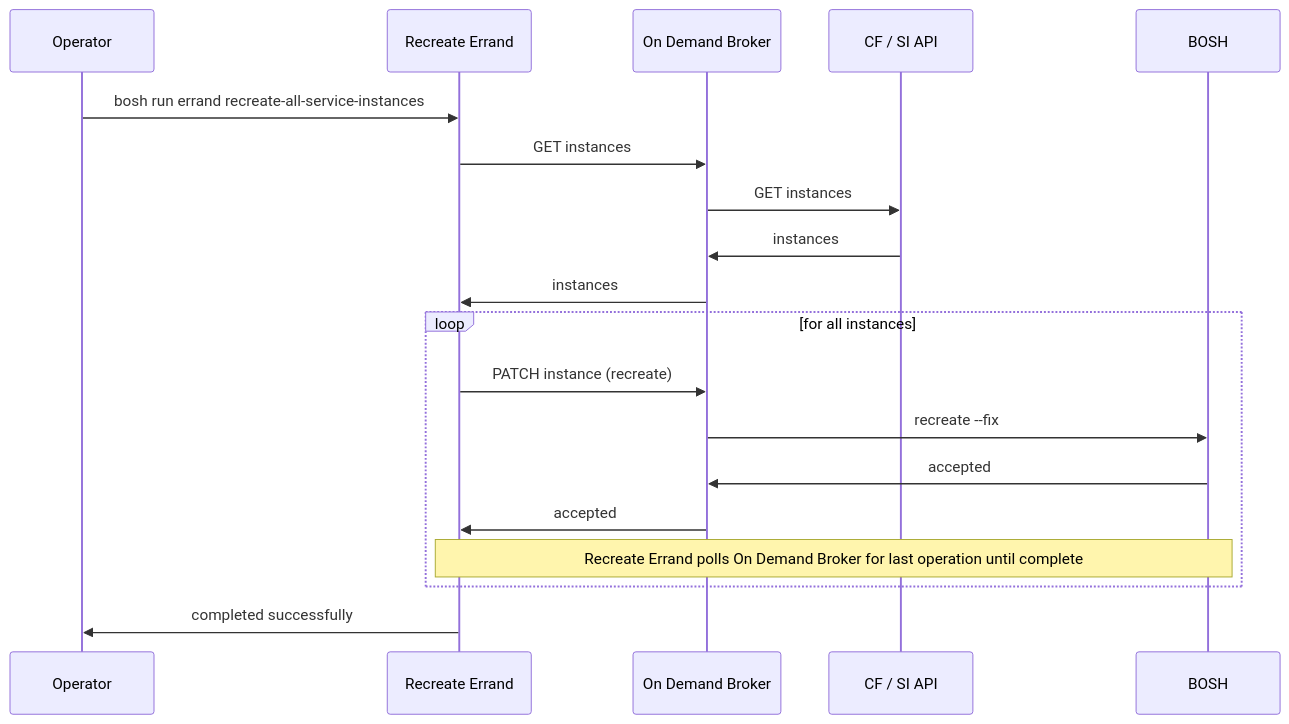
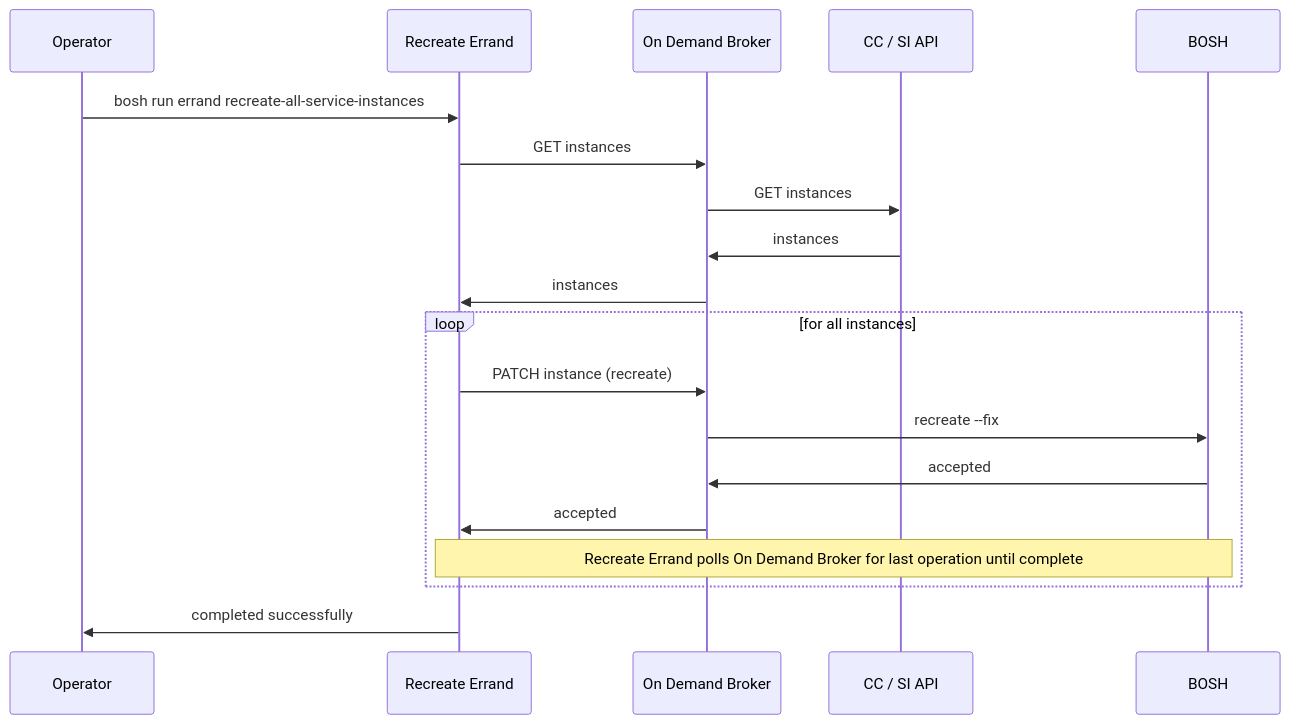
One commit to pivotal-cf/docs-on-demand-service-broker changed the diagram in mmd/recreate_all_instances_workflow.mmd. Above: the diagram before and after it, drawn with Mermaid. The commit also changed 7 other files, not shown here.

Commit message:
Standardise terms in mermaid diagrams [#162307186]

```diff
--- a/mmd/recreate_all_instances_workflow.mmd
+++ b/mmd/recreate_all_instances_workflow.mmd
@@ -1,16 +1,16 @@
 <div class="mermaid">
 sequenceDiagram
   Operator->>Recreate Errand:bosh run errand recreate-all-service-instances
   Recreate Errand->>On Demand Broker:GET instances
-  On Demand Broker->>CF / SI API:GET instances
-  CF / SI API->>On Demand Broker:instances
+  On Demand Broker->>CC / SI API:GET instances
+  CC / SI API->>On Demand Broker:instances
   On Demand Broker->>Recreate Errand:instances
   loop for all instances
     Recreate Errand->>On Demand Broker: PATCH instance (recreate)
     On Demand Broker->>BOSH: recreate --fix
     BOSH->>On Demand Broker: accepted
     On Demand Broker->>Recreate Errand: accepted
     Note over Recreate Errand,BOSH: Recreate Errand polls On Demand Broker for last operation until complete
   end
   Recreate Errand->>Operator:completed successfully
 </div>
```
